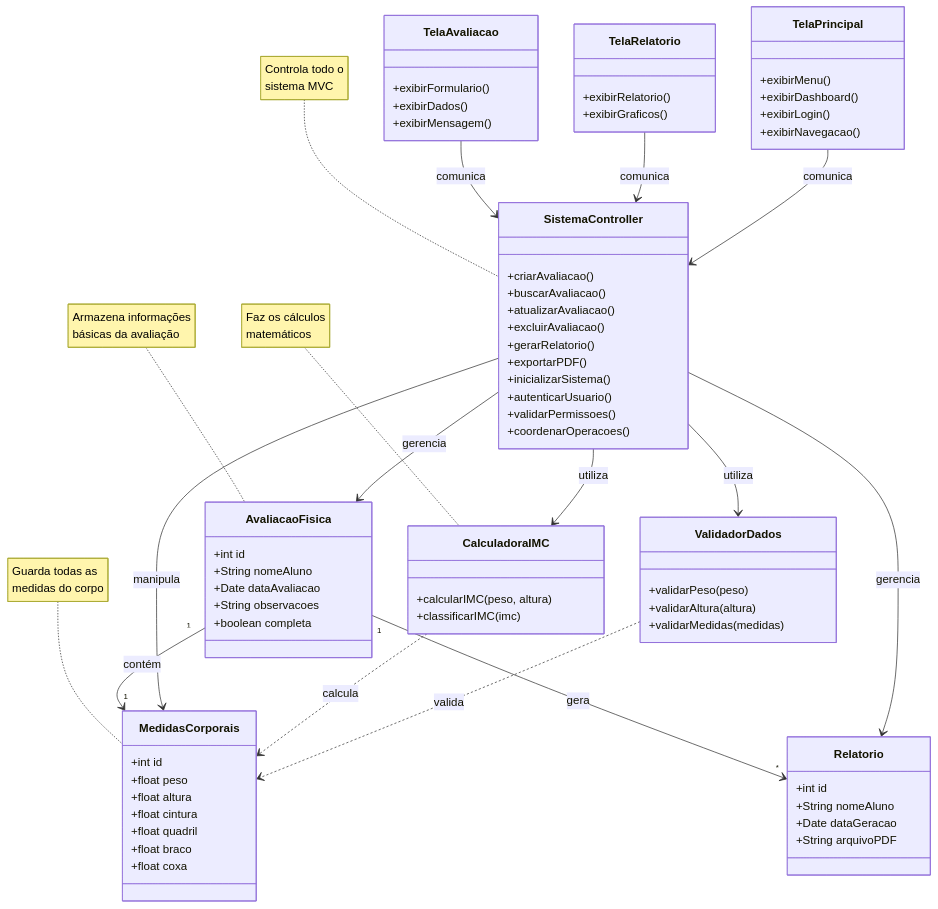
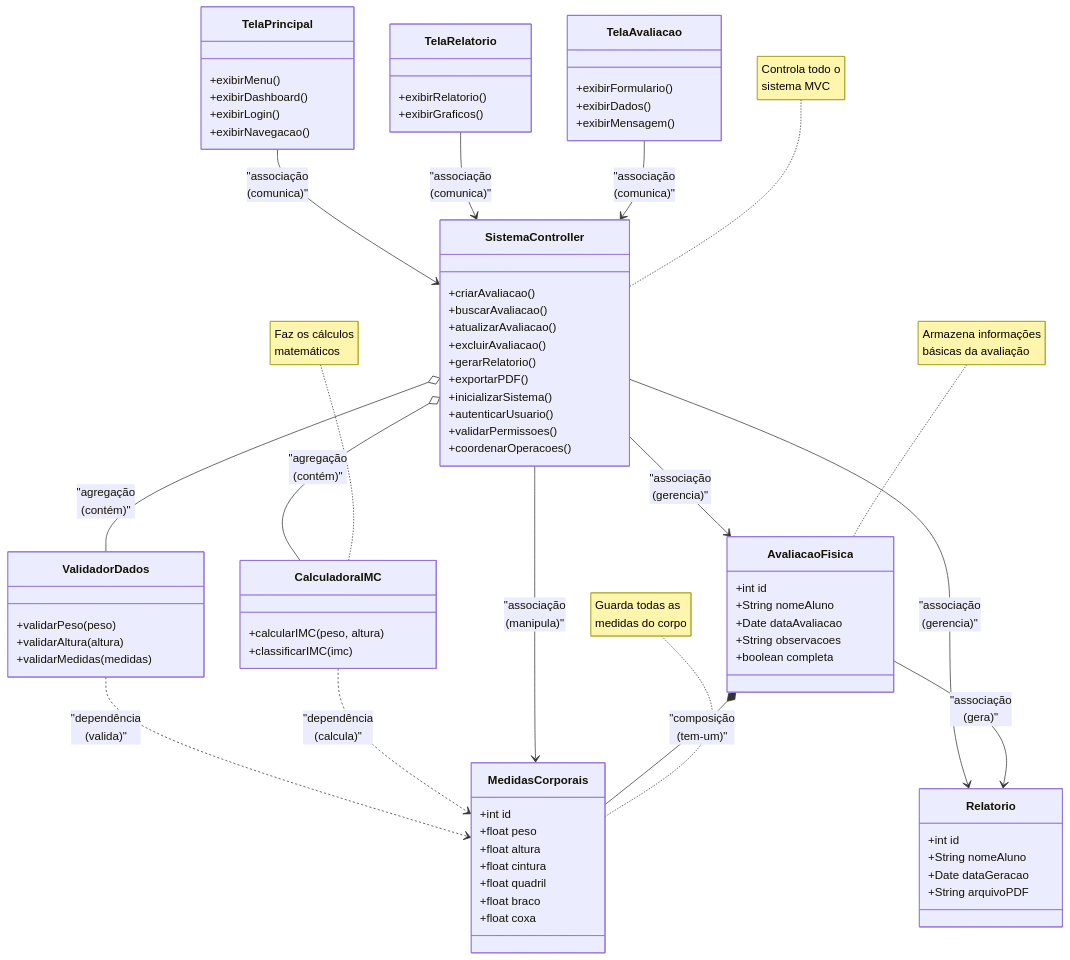
Before and after one commit to elainefabiola/Registro-de-evolu-o-f-sica: the diagram in diagrama_classes.md, drawn with Mermaid. The commit also changed other lines of this file, not shown here.

Commit message:
Diagrama de classe

```diff
--- a/diagrama_classes.md
+++ b/diagrama_classes.md
@@ -86,25 +86,32 @@
 
     %% ===== RELACIONAMENTOS MVC =====
     
-    %% Relacionamentos Model (Entidades)
-    AvaliacaoFisica "1" --> "1" MedidasCorporais : contém
-    AvaliacaoFisica "1" --> "*" Relatorio : gera
+    %% Relacionamentos de COMPOSIÇÃO (Composição - forte dependência)
+    %% Uma AvaliacaoFisica É COMPOSTA POR MedidasCorporais
+    AvaliacaoFisica *-- MedidasCorporais : "composição<br/>(tem-um)"
     
-    %% Relacionamentos Controller -> Model (Entidades + Services)
-    SistemaController --> AvaliacaoFisica : gerencia
-    SistemaController --> MedidasCorporais : manipula
-    SistemaController --> Relatorio : gerencia
-    SistemaController --> CalculadoraIMC : utiliza
-    SistemaController --> ValidadorDados : utiliza
+    %% Relacionamentos de AGREGAÇÃO (Agregação - dependência média)
+    %% Um SistemaController É AGREGADO POR Services
+    SistemaController o-- CalculadoraIMC : "agregação<br/>(contém)"
+    SistemaController o-- ValidadorDados : "agregação<br/>(contém)"
     
-    %% Relacionamentos View -> Controller
-    TelaAvaliacao --> SistemaController : comunica
-    TelaRelatorio --> SistemaController : comunica
-    TelaPrincipal --> SistemaController : comunica
+    %% Relacionamentos de ASSOCIAÇÃO (Associação - relacionamento fraco)
+    %% Uma AvaliacaoFisica está ASSOCIADA a Relatorios
+    AvaliacaoFisica --> Relatorio : "associação<br/>(gera)"
     
-    %% Relacionamentos Service -> Model
-    CalculadoraIMC ..> MedidasCorporais : calcula
-    ValidadorDados ..> MedidasCorporais : valida
+    %% Relacionamentos Controller -> Model (Associações)
+    SistemaController --> AvaliacaoFisica : "associação<br/>(gerencia)"
+    SistemaController --> MedidasCorporais : "associação<br/>(manipula)"
+    SistemaController --> Relatorio : "associação<br/>(gerencia)"
+    
+    %% Relacionamentos View -> Controller (Associações)
+    TelaAvaliacao --> SistemaController : "associação<br/>(comunica)"
+    TelaRelatorio --> SistemaController : "associação<br/>(comunica)"
+    TelaPrincipal --> SistemaController : "associação<br/>(comunica)"
+    
+    %% Relacionamentos Service -> Model (Dependências)
+    CalculadoraIMC ..> MedidasCorporais : "dependência<br/>(calcula)"
+    ValidadorDados ..> MedidasCorporais : "dependência<br/>(valida)"
 
     %% Notas explicativas
     note for AvaliacaoFisica "Armazena informações<br/>básicas da avaliação"
```
